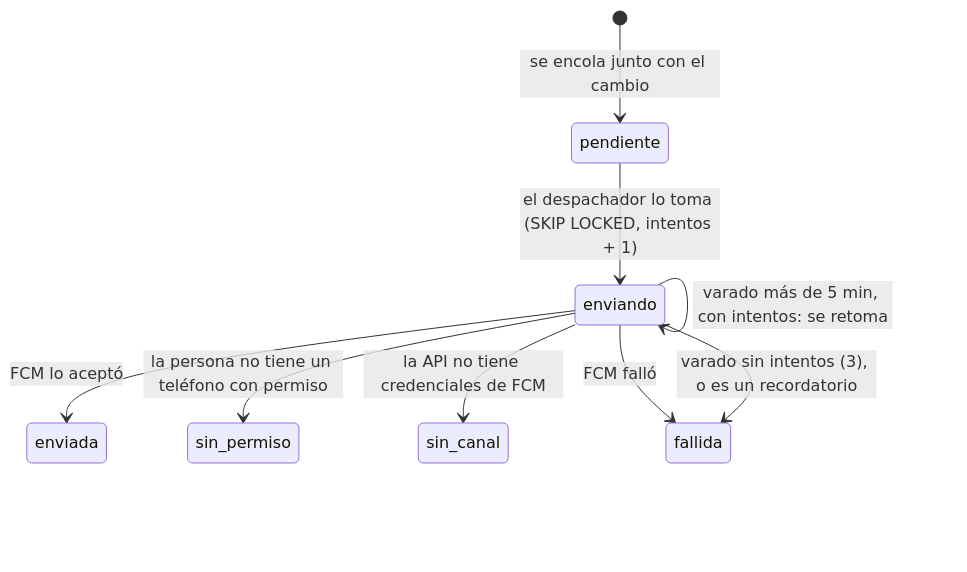
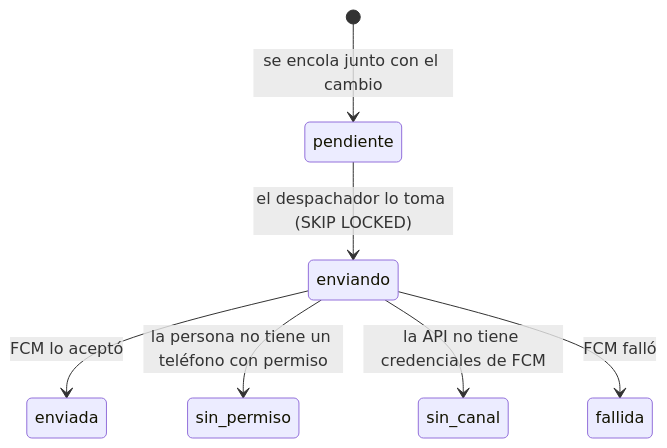
Before and after one commit to NahuelMosse/ClubNahuelMosse: the fourth of 7 diagrams in docs/technical/arquitectura.md, drawn with Mermaid. The commit also changed other lines of this file and 2 other files, not shown here.

Commit message:
SIM-01: arquitectura, mapa del código y matriz ASVS sin lo retirado

````diff
--- a/docs/technical/arquitectura.md
+++ b/docs/technical/arquitectura.md
@@ -163,11 +153,9 @@
 ```mermaid
 stateDiagram-v2
   [*] --> pendiente: se encola junto con el cambio
-  pendiente --> enviando: el despachador lo toma (SKIP LOCKED, intentos + 1)
+  pendiente --> enviando: el despachador lo toma (SKIP LOCKED)
   enviando --> enviada: FCM lo aceptó
   enviando --> sin_permiso: la persona no tiene un teléfono con permiso
   enviando --> sin_canal: la API no tiene credenciales de FCM
   enviando --> fallida: FCM falló
-  enviando --> enviando: varado más de 5 min, con intentos: se retoma
-  enviando --> fallida: varado sin intentos (3), o es un recordatorio
 ```
````
